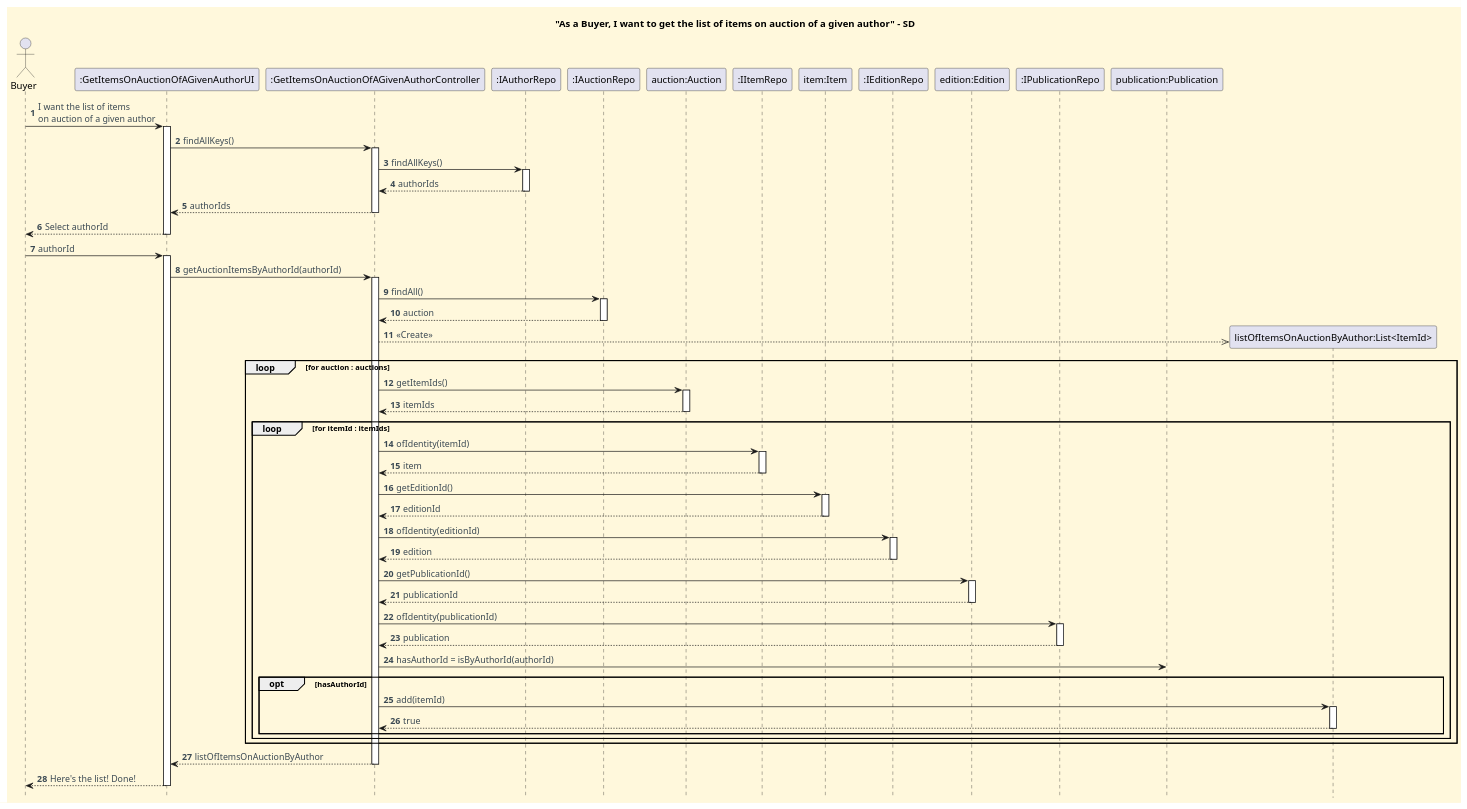
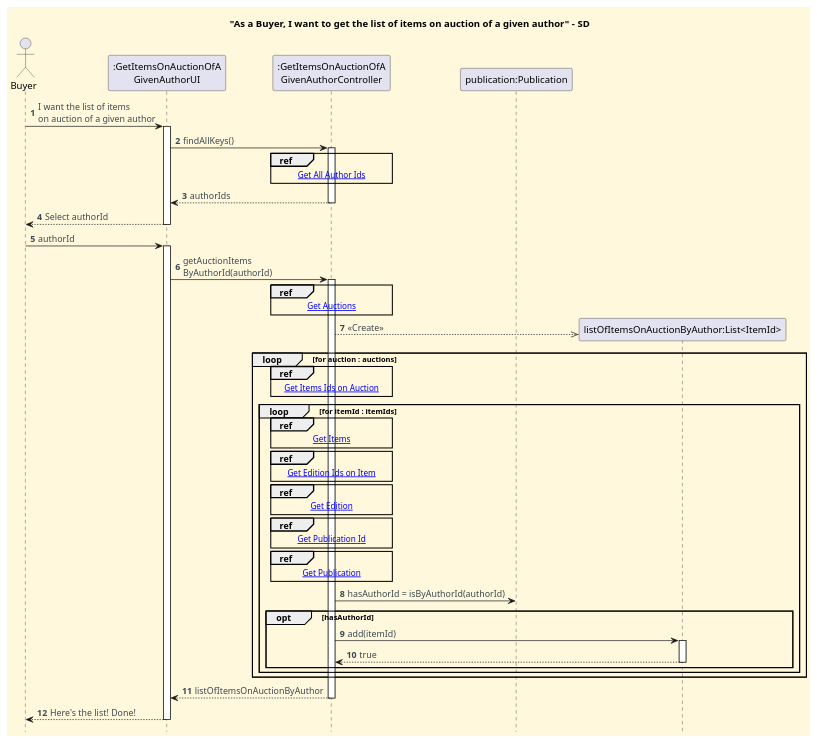
The diagram in docs/functionalities/buyer/get-list-of-items-on-auction-of-given-author/Get_List_Of_Items_On_Auction_Of_Given_Author_SD.puml (CarolinaLeite-collab/JavaMarketplacePlatform), drawn with PlantUML before and after one commit. The commit also changed 8 other files, not shown here.

Commit message:
docs: update getListOfItensOnAuctionByAuthor SD #810

```diff
--- a/docs/functionalities/buyer/get-list-of-items-on-auction-of-given-author/Get_List_Of_Items_On_Auction_Of_Given_Author_SD.puml
+++ b/docs/functionalities/buyer/get-list-of-items-on-auction-of-given-author/Get_List_Of_Items_On_Auction_Of_Given_Author_SD.puml
@@ -1,107 +1,93 @@
 @startuml
 title "As a Buyer, I want to get the list of items on auction of a given author" - SD
 hidefootbox
 
 skinparam shadowing false
 skinparam defaultFontName Futura
 skinparam objectFontSize 20
 skinparam backgroundColor CornSilk
 skinparam objectBackgroundColor WhiteSmoke
 skinparam ArrowFontColor #3B4953
 
 autonumber
 autoactivate off
 
 actor Buyer
-participant ":GetItemsOnAuctionOfAGivenAuthorUI" as UI
-participant ":GetItemsOnAuctionOfAGivenAuthorController" as CTL
-participant ":IAuthorRepo" as AR
-participant ":IAuctionRepo" as DSR
-participant "auction:Auction" as Auction
-participant ":IItemRepo" as IR
-participant "item:Item" as Item
-participant ":IEditionRepo" as ER
-participant "edition:Edition" as Edition
-participant ":IPublicationRepo" as PR
+participant ":GetItemsOnAuctionOfA\nGivenAuthorUI" as UI
+participant ":GetItemsOnAuctionOfA\nGivenAuthorController" as CTL
 participant "publication:Publication" as Publication
 
 
 Buyer -> UI: I want the list of items \non auction of a given author
 activate UI
 UI -> CTL : findAllKeys()
 activate CTL
-CTL -> AR : findAllKeys()
-activate AR
+ref over CTL
+[[sd-ref-diagrams/Get_Author_Ids.puml Get All Author Ids]]
+end ref
 
-AR --> CTL : authorIds
-deactivate AR
+
 
 CTL --> UI : authorIds
 deactivate CTL
 UI --> Buyer: Select authorId
 deactivate UI
 Buyer -> UI: authorId
 activate UI
 
 
-UI -> CTL: getAuctionItemsByAuthorId(authorId)
+UI -> CTL: getAuctionItems\nByAuthorId(authorId)
 activate CTL
 
-CTL -> DSR: findAll()
-activate DSR
-
-DSR --> CTL: auction
-deactivate DSR
+ref over CTL
+[[sd-ref-diagrams/Get_Auctions.puml Get Auctions]]
+end ref
 
 create "listOfItemsOnAuctionByAuthor:List<ItemId>"
 CTL -->> "listOfItemsOnAuctionByAuthor:List<ItemId>" : <<Create>>
 
 loop for auction : auctions
-CTL -> Auction : getItemIds()
-activate Auction
-Auction --> CTL : itemIds
-deactivate Auction
+ref over CTL
+[[sd-ref-diagrams/Get_Items_Ids_Auction.puml Get Items Ids on Auction]]
+end ref
 
 loop for itemId : itemIds
-CTL -> IR : ofIdentity(itemId)
-activate IR
-IR --> CTL : item
-deactivate IR
-CTL -> Item : getEditionId()
-activate Item
-Item --> CTL : editionId
-deactivate Item
+ref over CTL
+[[sd-ref-diagrams/Get_Items.puml Get Items]]
+end ref
 
-CTL -> ER : ofIdentity(editionId)
-activate ER
-ER --> CTL : edition
-deactivate ER
-CTL -> Edition : getPublicationId()
-activate Edition
-Edition --> CTL : publicationId
-deactivate Edition
+ref over CTL
+[[sd-ref-diagrams/Get_Edition_Id_Item.puml Get Edition Ids on Item]]
+end ref
 
-CTL -> PR : ofIdentity(publicationId)
-activate PR
-PR --> CTL : publication
-deactivate PR
+ref over CTL
+[[sd-ref-diagrams/Get_Edition.puml Get Edition]]
+end ref
+
+ref over CTL
+[[sd-ref-diagrams/Get_Publication_Id.puml Get Publication Id]]
+end ref
+
+ref over CTL
+[[sd-ref-diagrams/Get_Publication.puml Get Publication]]
+end ref
 
 CTL -> Publication : hasAuthorId = isByAuthorId(authorId)
 
 opt hasAuthorId
 CTL -> "listOfItemsOnAuctionByAuthor:List<ItemId>" : add(itemId)
 activate "listOfItemsOnAuctionByAuthor:List<ItemId>"
 "listOfItemsOnAuctionByAuthor:List<ItemId>" --> CTL : true
 deactivate "listOfItemsOnAuctionByAuthor:List<ItemId>"
 end
 end
 end
 
 
 CTL --> UI: listOfItemsOnAuctionByAuthor
 deactivate CTL
 
 UI --> Buyer: Here's the list! Done!
 deactivate UI
 
 @enduml
```
